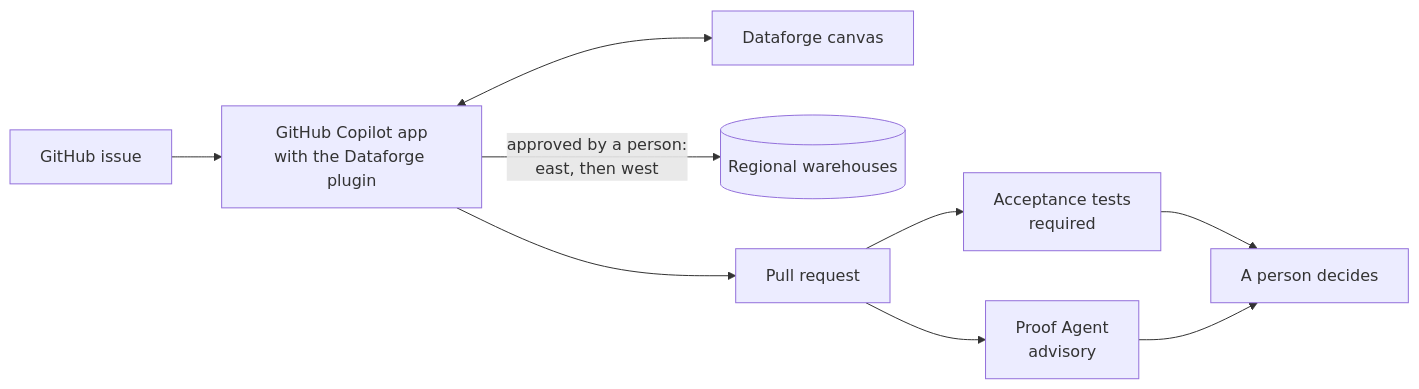
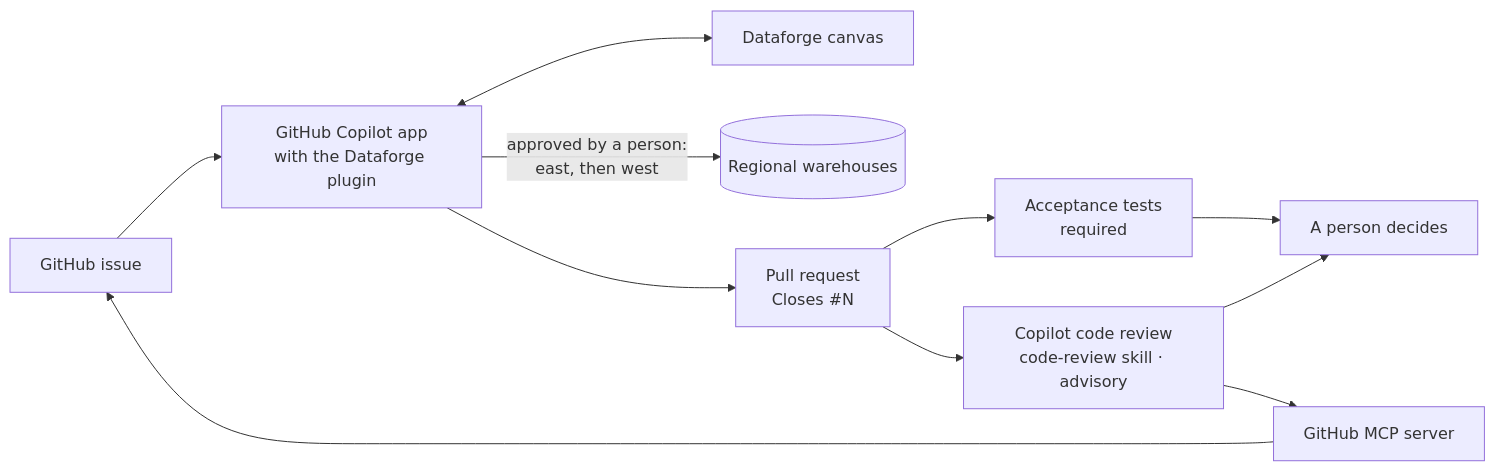
Before and after one commit to octodemo/build-once-run-on-any-agent-madrid: the second of 2 diagrams in README.md, drawn with Mermaid. The commit also changed other lines of this file and 10 other files, not shown here.

First line of the commit message:
Replace Madrid Proof Agent workflow with Copilot code review

````diff
--- a/README.md
+++ b/README.md
@@ -137,11 +142,13 @@
 ```mermaid
 flowchart LR
     I["GitHub issue"] --> A["GitHub Copilot app<br/>with the Dataforge plugin"]
     A <--> C["Dataforge canvas"]
     A -->|"approved by a person:<br/>east, then west"| W[("Regional warehouses")]
-    A --> PR["Pull request"]
+    A --> PR["Pull request<br/>Closes #N"]
     PR --> T["Acceptance tests<br/>required"]
-    PR --> P["Proof Agent<br/>advisory"]
+    PR --> P["Copilot code review<br/>code-review skill · advisory"]
+    P --> M["GitHub MCP server"]
+    M --> I
     T --> H["A person decides"]
     P --> H
 ```
````
